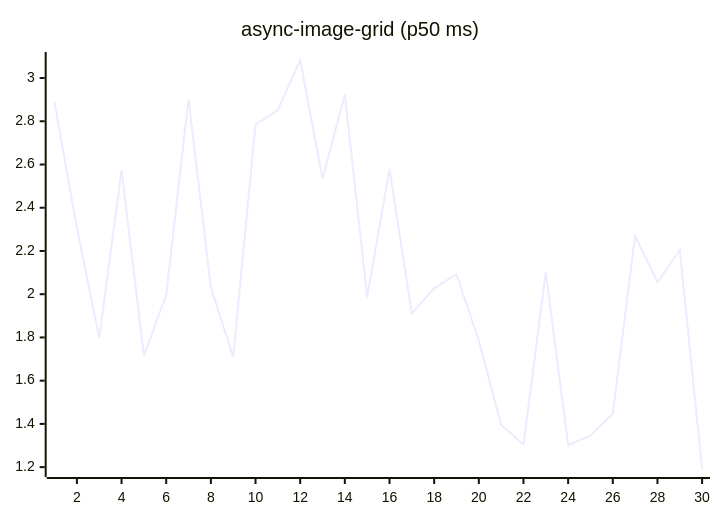
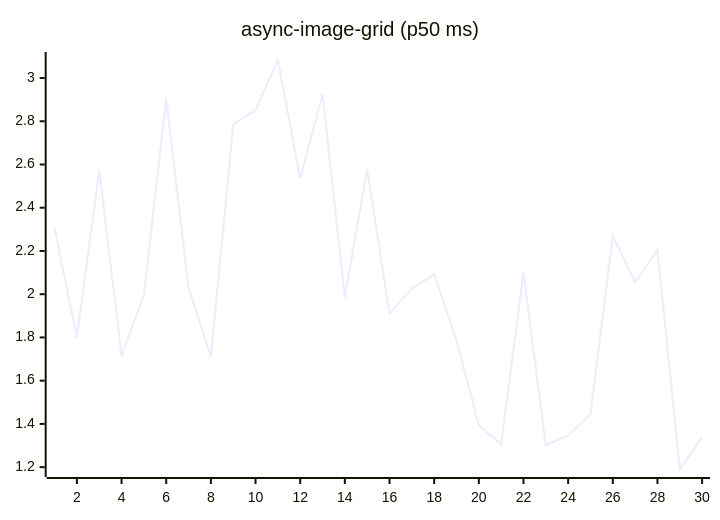
Before and after one commit to josha/Facet: the fifth of 27 diagrams in README.md, drawn with Mermaid. The commit also changed other lines of this file and 2 other files, not shown here.

````diff
--- a/README.md
+++ b/README.md
@@ -91,6 +91,6 @@
 ```mermaid
 xychart-beta
     title "async-image-grid (p50 ms)"
     x-axis 1 --> 30
-    line [2.8871, 2.3060, 1.7979, 2.5726, 1.7163, 1.9964, 2.9032, 2.0307, 1.7099, 2.7848, 2.8523, 3.0834, 2.5349, 2.9237, 1.9862, 2.5787, 1.9102, 2.0270, 2.0924, 1.7862, 1.3954, 1.3043, 2.1007, 1.3011, 1.3467, 1.4457, 2.2705, 2.0555, 2.2044, 1.1914]
+    line [2.3060, 1.7979, 2.5726, 1.7163, 1.9964, 2.9032, 2.0307, 1.7099, 2.7848, 2.8523, 3.0834, 2.5349, 2.9237, 1.9862, 2.5787, 1.9102, 2.0270, 2.0924, 1.7862, 1.3954, 1.3043, 2.1007, 1.3011, 1.3467, 1.4457, 2.2705, 2.0555, 2.2044, 1.1914, 1.3367]
 ```
````
